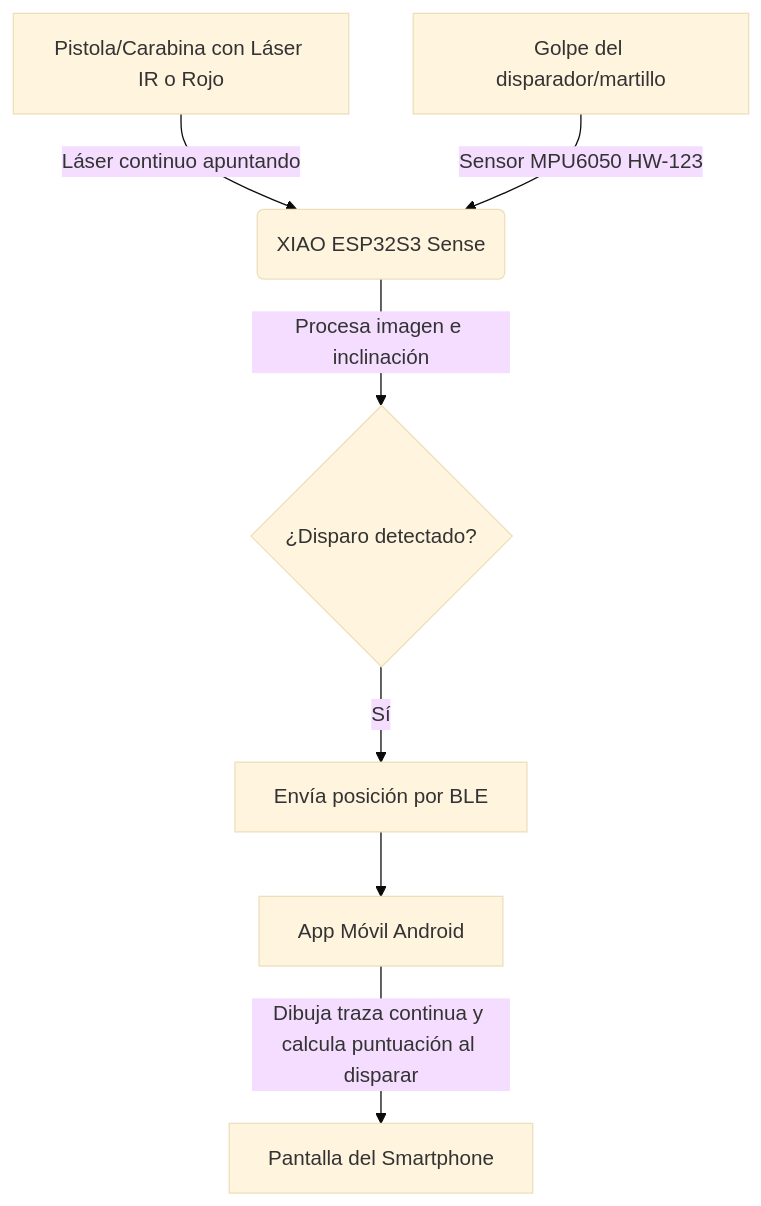
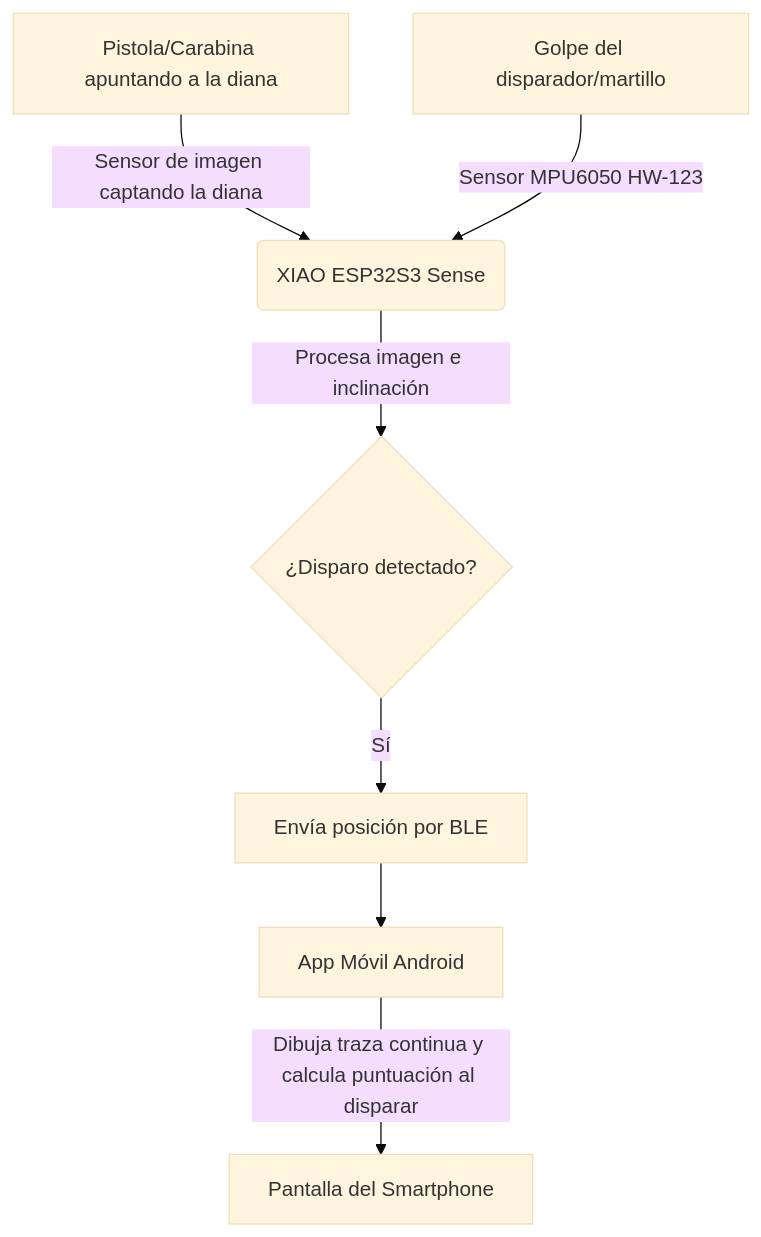
One commit to luisleon757/Splatt-Elite changed the diagram in hardware/Docs/GUIA_USO.md. Above: the diagram before and after it, drawn with Mermaid (base theme). The commit also changed 4 other files, not shown here.

````diff
--- a/hardware/Docs/GUIA_USO.md
+++ b/hardware/Docs/GUIA_USO.md
@@ -26,9 +26,9 @@
 ```mermaid
 graph TD
-    A[Pistola/Carabina con Láser IR o Rojo] -->|Láser continuo apuntando| B(XIAO ESP32S3 Sense)
+    A[Pistola/Carabina apuntando a la diana] -->|Sensor de imagen captando la diana| B(XIAO ESP32S3 Sense)
     C[Golpe del disparador/martillo] -->|Sensor MPU6050 HW-123| B
     B -->|Procesa imagen e inclinación| D{¿Disparo detectado?}
     D -->|Sí| E[Envía posición por BLE]
     E --> F[App Móvil Android]
     F -->|Dibuja traza continua y calcula puntuación al disparar| G[Pantalla del Smartphone]
 ```
````
